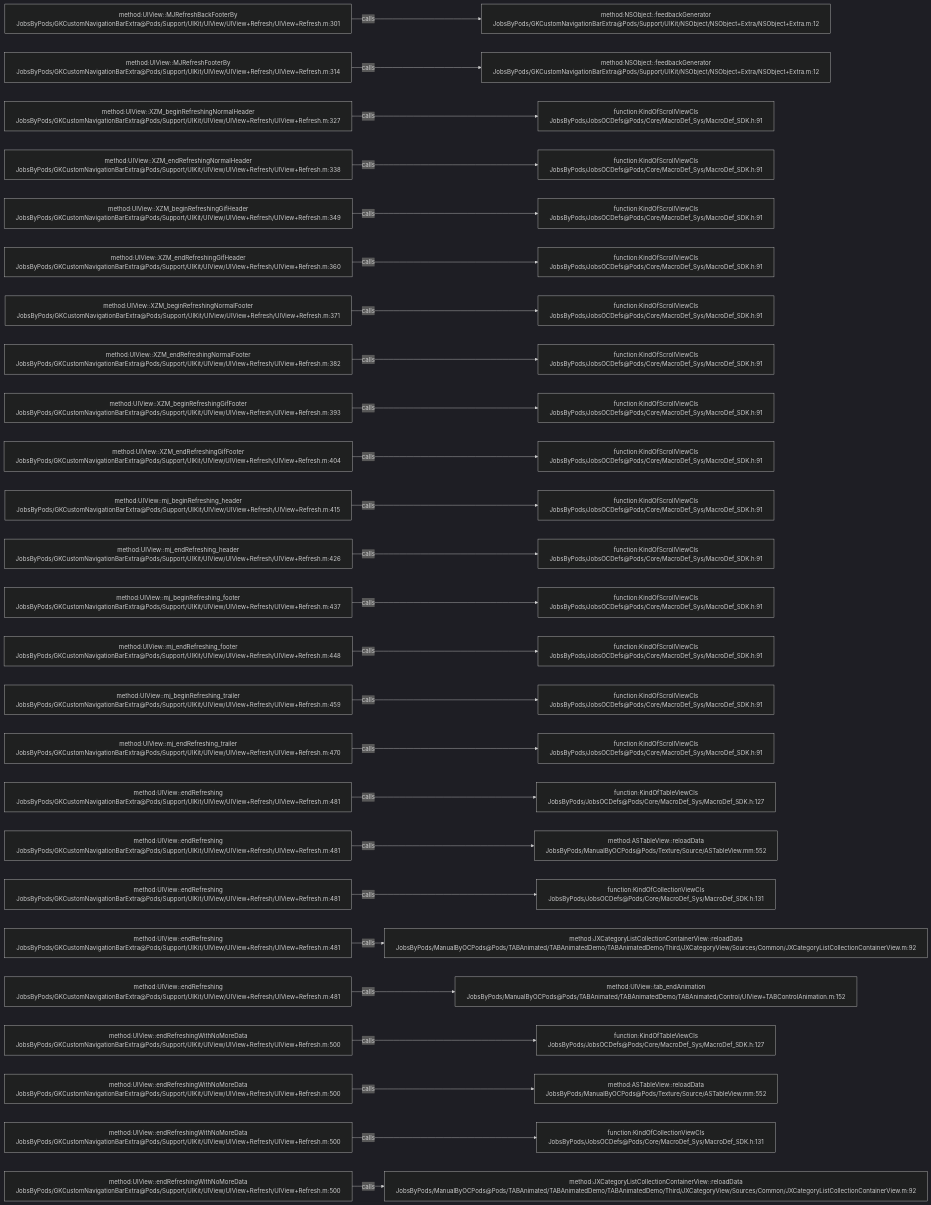
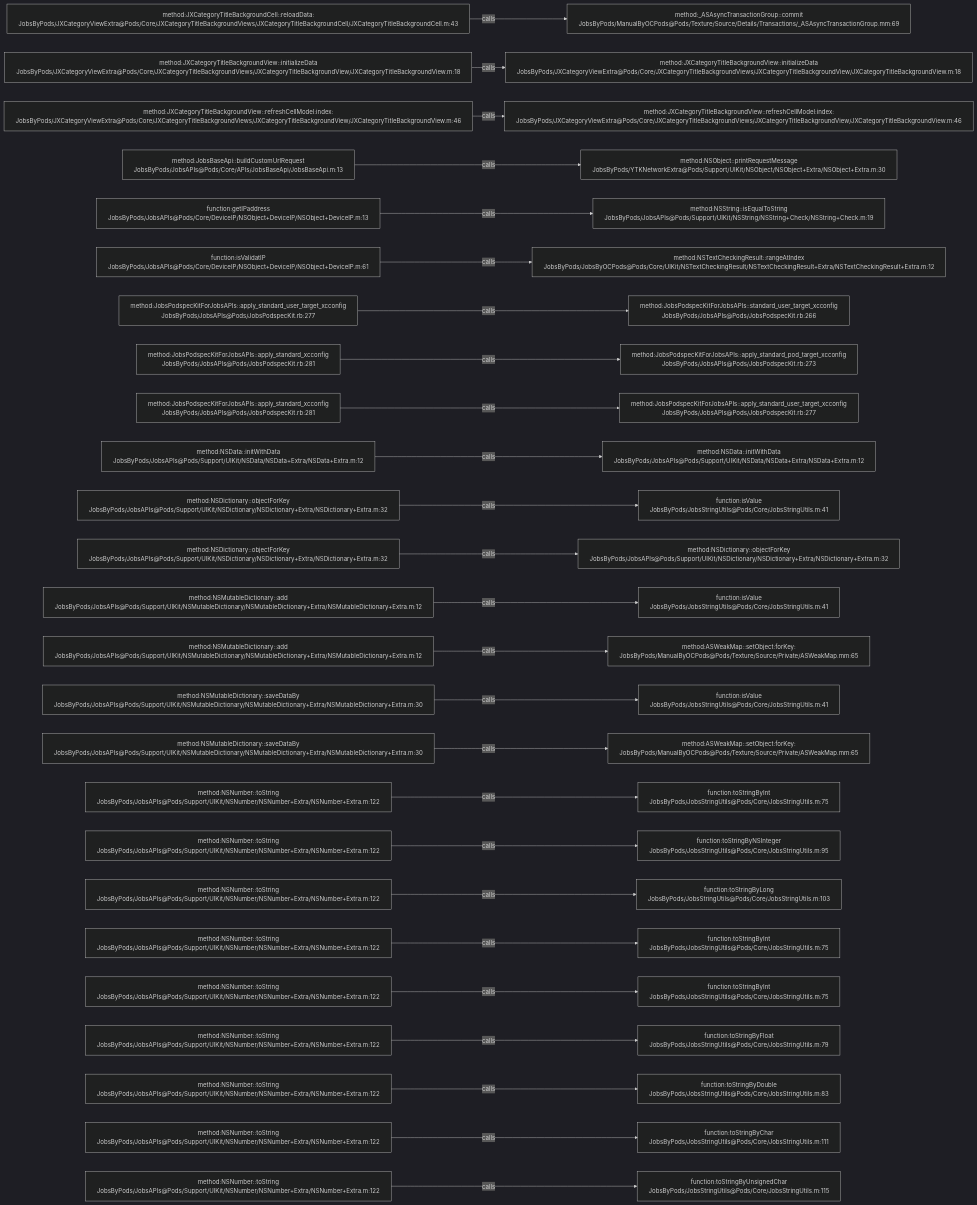
Before and after one commit to JobsKits/JobsOCBaseConfigDemo: the diagram in .codegraph/codegraph.md/graphs/calls-012.md, drawn with Mermaid (dark theme). The commit also changed 1026 other files, not shown here.

````diff
--- a/.codegraph/codegraph.md/graphs/calls-012.md
+++ b/.codegraph/codegraph.md/graphs/calls-012.md
@@ -13,78 +13,78 @@
 ```mermaid
 flowchart LR
-  S1["method:UIView::MJRefreshBackFooterBy<br/>JobsByPods/GKCustomNavigationBarExtra@Pods/Support/UIKit/UIView/UIView+Refresh/UIView+Refresh.m:301"]
-  T1["method:NSObject::feedbackGenerator<br/>JobsByPods/GKCustomNavigationBarExtra@Pods/Support/UIKit/NSObject/NSObject+Extra/NSObject+Extra.m:12"]
+  S1["method:JXCategoryTitleBackgroundCell::reloadData:<br/>JobsByPods/JXCategoryViewExtra@Pods/Core/JXCategoryTitleBackgroundViews/JXCategoryTitleBackgroundCell/JXCategoryTitleBackgroundCell.m:43"]
+  T1["method:_ASAsyncTransactionGroup::commit<br/>JobsByPods/ManualByOCPods@Pods/Texture/Source/Details/Transactions/_ASAsyncTransactionGroup.mm:69"]
   S1 -->|calls| T1
-  S2["method:UIView::MJRefreshFooterBy<br/>JobsByPods/GKCustomNavigationBarExtra@Pods/Support/UIKit/UIView/UIView+Refresh/UIView+Refresh.m:314"]
-  T2["method:NSObject::feedbackGenerator<br/>JobsByPods/GKCustomNavigationBarExtra@Pods/Support/UIKit/NSObject/NSObject+Extra/NSObject+Extra.m:12"]
+  S2["method:JXCategoryTitleBackgroundView::initializeData<br/>JobsByPods/JXCategoryViewExtra@Pods/Core/JXCategoryTitleBackgroundViews/JXCategoryTitleBackgroundView/JXCategoryTitleBackgroundView.m:18"]
+  T2["method:JXCategoryTitleBackgroundView::initializeData<br/>JobsByPods/JXCategoryViewExtra@Pods/Core/JXCategoryTitleBackgroundViews/JXCategoryTitleBackgroundView/JXCategoryTitleBackgroundView.m:18"]
   S2 -->|calls| T2
-  S3["method:UIView::XZM_beginRefreshingNormalHeader<br/>JobsByPods/GKCustomNavigationBarExtra@Pods/Support/UIKit/UIView/UIView+Refresh/UIView+Refresh.m:327"]
-  T3["function:KindOfScrollViewCls<br/>JobsByPods/JobsOCDefs@Pods/Core/MacroDef_Sys/MacroDef_SDK.h:91"]
+  S3["method:JXCategoryTitleBackgroundView::refreshCellModel:index:<br/>JobsByPods/JXCategoryViewExtra@Pods/Core/JXCategoryTitleBackgroundViews/JXCategoryTitleBackgroundView/JXCategoryTitleBackgroundView.m:46"]
+  T3["method:JXCategoryTitleBackgroundView::refreshCellModel:index:<br/>JobsByPods/JXCategoryViewExtra@Pods/Core/JXCategoryTitleBackgroundViews/JXCategoryTitleBackgroundView/JXCategoryTitleBackgroundView.m:46"]
   S3 -->|calls| T3
-  S4["method:UIView::XZM_endRefreshingNormalHeader<br/>JobsByPods/GKCustomNavigationBarExtra@Pods/Support/UIKit/UIView/UIView+Refresh/UIView+Refresh.m:338"]
-  T4["function:KindOfScrollViewCls<br/>JobsByPods/JobsOCDefs@Pods/Core/MacroDef_Sys/MacroDef_SDK.h:91"]
+  S4["method:JobsBaseApi::buildCustomUrlRequest<br/>JobsByPods/JobsAPIs@Pods/Core/APIs/JobsBaseApi/JobsBaseApi.m:13"]
+  T4["method:NSObject::printRequestMessage<br/>JobsByPods/YTKNetworkExtra@Pods/Support/UIKit/NSObject/NSObject+Extra/NSObject+Extra.m:30"]
   S4 -->|calls| T4
-  S5["method:UIView::XZM_beginRefreshingGifHeader<br/>JobsByPods/GKCustomNavigationBarExtra@Pods/Support/UIKit/UIView/UIView+Refresh/UIView+Refresh.m:349"]
-  T5["function:KindOfScrollViewCls<br/>JobsByPods/JobsOCDefs@Pods/Core/MacroDef_Sys/MacroDef_SDK.h:91"]
+  S5["function:getIPaddress<br/>JobsByPods/JobsAPIs@Pods/Core/DeviceIP/NSObject+DeviceIP/NSObject+DeviceIP.m:13"]
+  T5["method:NSString::isEqualToString<br/>JobsByPods/JobsAPIs@Pods/Support/UIKit/NSString/NSString+Check/NSString+Check.m:19"]
   S5 -->|calls| T5
-  S6["method:UIView::XZM_endRefreshingGifHeader<br/>JobsByPods/GKCustomNavigationBarExtra@Pods/Support/UIKit/UIView/UIView+Refresh/UIView+Refresh.m:360"]
-  T6["function:KindOfScrollViewCls<br/>JobsByPods/JobsOCDefs@Pods/Core/MacroDef_Sys/MacroDef_SDK.h:91"]
+  S6["function:isValidatIP<br/>JobsByPods/JobsAPIs@Pods/Core/DeviceIP/NSObject+DeviceIP/NSObject+DeviceIP.m:61"]
+  T6["method:NSTextCheckingResult::rangeAtIndex<br/>JobsByPods/JobsByOCPods@Pods/Core/UIKit/NSTextCheckingResult/NSTextCheckingResult+Extra/NSTextCheckingResult+Extra.m:12"]
   S6 -->|calls| T6
-  S7["method:UIView::XZM_beginRefreshingNormalFooter<br/>JobsByPods/GKCustomNavigationBarExtra@Pods/Support/UIKit/UIView/UIView+Refresh/UIView+Refresh.m:371"]
-  T7["function:KindOfScrollViewCls<br/>JobsByPods/JobsOCDefs@Pods/Core/MacroDef_Sys/MacroDef_SDK.h:91"]
+  S7["method:JobsPodspecKitForJobsAPIs::apply_standard_user_target_xcconfig<br/>JobsByPods/JobsAPIs@Pods/JobsPodspecKit.rb:277"]
+  T7["method:JobsPodspecKitForJobsAPIs::standard_user_target_xcconfig<br/>JobsByPods/JobsAPIs@Pods/JobsPodspecKit.rb:266"]
   S7 -->|calls| T7
-  S8["method:UIView::XZM_endRefreshingNormalFooter<br/>JobsByPods/GKCustomNavigationBarExtra@Pods/Support/UIKit/UIView/UIView+Refresh/UIView+Refresh.m:382"]
-  T8["function:KindOfScrollViewCls<br/>JobsByPods/JobsOCDefs@Pods/Core/MacroDef_Sys/MacroDef_SDK.h:91"]
+  S8["method:JobsPodspecKitForJobsAPIs::apply_standard_xcconfig<br/>JobsByPods/JobsAPIs@Pods/JobsPodspecKit.rb:281"]
+  T8["method:JobsPodspecKitForJobsAPIs::apply_standard_pod_target_xcconfig<br/>JobsByPods/JobsAPIs@Pods/JobsPodspecKit.rb:273"]
   S8 -->|calls| T8
-  S9["method:UIView::XZM_beginRefreshingGifFooter<br/>JobsByPods/GKCustomNavigationBarExtra@Pods/Support/UIKit/UIView/UIView+Refresh/UIView+Refresh.m:393"]
-  T9["function:KindOfScrollViewCls<br/>JobsByPods/JobsOCDefs@Pods/Core/MacroDef_Sys/MacroDef_SDK.h:91"]
+  S9["method:JobsPodspecKitForJobsAPIs::apply_standard_xcconfig<br/>JobsByPods/JobsAPIs@Pods/JobsPodspecKit.rb:281"]
+  T9["method:JobsPodspecKitForJobsAPIs::apply_standard_user_target_xcconfig<br/>JobsByPods/JobsAPIs@Pods/JobsPodspecKit.rb:277"]
   S9 -->|calls| T9
-  S10["method:UIView::XZM_endRefreshingGifFooter<br/>JobsByPods/GKCustomNavigationBarExtra@Pods/Support/UIKit/UIView/UIView+Refresh/UIView+Refresh.m:404"]
-  T10["function:KindOfScrollViewCls<br/>JobsByPods/JobsOCDefs@Pods/Core/MacroDef_Sys/MacroDef_SDK.h:91"]
+  S10["method:NSData::initWithData<br/>JobsByPods/JobsAPIs@Pods/Support/UIKit/NSData/NSData+Extra/NSData+Extra.m:12"]
+  T10["method:NSData::initWithData<br/>JobsByPods/JobsAPIs@Pods/Support/UIKit/NSData/NSData+Extra/NSData+Extra.m:12"]
   S10 -->|calls| T10
-  S11["method:UIView::mj_beginRefreshing_header<br/>JobsByPods/GKCustomNavigationBarExtra@Pods/Support/UIKit/UIView/UIView+Refresh/UIView+Refresh.m:415"]
-  T11["function:KindOfScrollViewCls<br/>JobsByPods/JobsOCDefs@Pods/Core/MacroDef_Sys/MacroDef_SDK.h:91"]
+  S11["method:NSDictionary::objectForKey<br/>JobsByPods/JobsAPIs@Pods/Support/UIKit/NSDictionary/NSDictionary+Extra/NSDictionary+Extra.m:32"]
+  T11["function:isValue<br/>JobsByPods/JobsStringUtils@Pods/Core/JobsStringUtils.m:41"]
   S11 -->|calls| T11
-  S12["method:UIView::mj_endRefreshing_header<br/>JobsByPods/GKCustomNavigationBarExtra@Pods/Support/UIKit/UIView/UIView+Refresh/UIView+Refresh.m:426"]
-  T12["function:KindOfScrollViewCls<br/>JobsByPods/JobsOCDefs@Pods/Core/MacroDef_Sys/MacroDef_SDK.h:91"]
+  S12["method:NSDictionary::objectForKey<br/>JobsByPods/JobsAPIs@Pods/Support/UIKit/NSDictionary/NSDictionary+Extra/NSDictionary+Extra.m:32"]
+  T12["method:NSDictionary::objectForKey<br/>JobsByPods/JobsAPIs@Pods/Support/UIKit/NSDictionary/NSDictionary+Extra/NSDictionary+Extra.m:32"]
   S12 -->|calls| T12
-  S13["method:UIView::mj_beginRefreshing_footer<br/>JobsByPods/GKCustomNavigationBarExtra@Pods/Support/UIKit/UIView/UIView+Refresh/UIView+Refresh.m:437"]
-  T13["function:KindOfScrollViewCls<br/>JobsByPods/JobsOCDefs@Pods/Core/MacroDef_Sys/MacroDef_SDK.h:91"]
+  S13["method:NSMutableDictionary::add<br/>JobsByPods/JobsAPIs@Pods/Support/UIKit/NSMutableDictionary/NSMutableDictionary+Extra/NSMutableDictionary+Extra.m:12"]
+  T13["function:isValue<br/>JobsByPods/JobsStringUtils@Pods/Core/JobsStringUtils.m:41"]
   S13 -->|calls| T13
-  S14["method:UIView::mj_endRefreshing_footer<br/>JobsByPods/GKCustomNavigationBarExtra@Pods/Support/UIKit/UIView/UIView+Refresh/UIView+Refresh.m:448"]
-  T14["function:KindOfScrollViewCls<br/>JobsByPods/JobsOCDefs@Pods/Core/MacroDef_Sys/MacroDef_SDK.h:91"]
+  S14["method:NSMutableDictionary::add<br/>JobsByPods/JobsAPIs@Pods/Support/UIKit/NSMutableDictionary/NSMutableDictionary+Extra/NSMutableDictionary+Extra.m:12"]
+  T14["method:ASWeakMap::setObject:forKey:<br/>JobsByPods/ManualByOCPods@Pods/Texture/Source/Private/ASWeakMap.mm:65"]
   S14 -->|calls| T14
-  S15["method:UIView::mj_beginRefreshing_trailer<br/>JobsByPods/GKCustomNavigationBarExtra@Pods/Support/UIKit/UIView/UIView+Refresh/UIView+Refresh.m:459"]
-  T15["function:KindOfScrollViewCls<br/>JobsByPods/JobsOCDefs@Pods/Core/MacroDef_Sys/MacroDef_SDK.h:91"]
+  S15["method:NSMutableDictionary::saveDataBy<br/>JobsByPods/JobsAPIs@Pods/Support/UIKit/NSMutableDictionary/NSMutableDictionary+Extra/NSMutableDictionary+Extra.m:30"]
+  T15["function:isValue<br/>JobsByPods/JobsStringUtils@Pods/Core/JobsStringUtils.m:41"]
   S15 -->|calls| T15
-  S16["method:UIView::mj_endRefreshing_trailer<br/>JobsByPods/GKCustomNavigationBarExtra@Pods/Support/UIKit/UIView/UIView+Refresh/UIView+Refresh.m:470"]
-  T16["function:KindOfScrollViewCls<br/>JobsByPods/JobsOCDefs@Pods/Core/MacroDef_Sys/MacroDef_SDK.h:91"]
+  S16["method:NSMutableDictionary::saveDataBy<br/>JobsByPods/JobsAPIs@Pods/Support/UIKit/NSMutableDictionary/NSMutableDictionary+Extra/NSMutableDictionary+Extra.m:30"]
+  T16["method:ASWeakMap::setObject:forKey:<br/>JobsByPods/ManualByOCPods@Pods/Texture/Source/Private/ASWeakMap.mm:65"]
   S16 -->|calls| T16
-  S17["method:UIView::endRefreshing<br/>JobsByPods/GKCustomNavigationBarExtra@Pods/Support/UIKit/UIView/UIView+Refresh/UIView+Refresh.m:481"]
-  T17["function:KindOfTableViewCls<br/>JobsByPods/JobsOCDefs@Pods/Core/MacroDef_Sys/MacroDef_SDK.h:127"]
+  S17["method:NSNumber::toString<br/>JobsByPods/JobsAPIs@Pods/Support/UIKit/NSNumber/NSNumber+Extra/NSNumber+Extra.m:122"]
+  T17["function:toStringByInt<br/>JobsByPods/JobsStringUtils@Pods/Core/JobsStringUtils.m:75"]
   S17 -->|calls| T17
-  S18["method:UIView::endRefreshing<br/>JobsByPods/GKCustomNavigationBarExtra@Pods/Support/UIKit/UIView/UIView+Refresh/UIView+Refresh.m:481"]
-  T18["method:ASTableView::reloadData<br/>JobsByPods/ManualByOCPods@Pods/Texture/Source/ASTableView.mm:552"]
+  S18["method:NSNumber::toString<br/>JobsByPods/JobsAPIs@Pods/Support/UIKit/NSNumber/NSNumber+Extra/NSNumber+Extra.m:122"]
+  T18["function:toStringByNSInteger<br/>JobsByPods/JobsStringUtils@Pods/Core/JobsStringUtils.m:95"]
   S18 -->|calls| T18
-  S19["method:UIView::endRefreshing<br/>JobsByPods/GKCustomNavigationBarExtra@Pods/Support/UIKit/UIView/UIView+Refresh/UIView+Refresh.m:481"]
-  T19["function:KindOfCollectionViewCls<br/>JobsByPods/JobsOCDefs@Pods/Core/MacroDef_Sys/MacroDef_SDK.h:131"]
+  S19["method:NSNumber::toString<br/>JobsByPods/JobsAPIs@Pods/Support/UIKit/NSNumber/NSNumber+Extra/NSNumber+Extra.m:122"]
+  T19["function:toStringByLong<br/>JobsByPods/JobsStringUtils@Pods/Core/JobsStringUtils.m:103"]
   S19 -->|calls| T19
-  S20["method:UIView::endRefreshing<br/>JobsByPods/GKCustomNavigationBarExtra@Pods/Support/UIKit/UIView/UIView+Refresh/UIView+Refresh.m:481"]
-  T20["method:JXCategoryListCollectionContainerView::reloadData<br/>JobsByPods/ManualByOCPods@Pods/TABAnimated/TABAnimatedDemo/TABAnimatedDemo/Third/JXCategoryView/Sources/Common/JXCategoryListCollectionContainerView.m:92"]
+  S20["method:NSNumber::toString<br/>JobsByPods/JobsAPIs@Pods/Support/UIKit/NSNumber/NSNumber+Extra/NSNumber+Extra.m:122"]
+  T20["function:toStringByInt<br/>JobsByPods/JobsStringUtils@Pods/Core/JobsStringUtils.m:75"]
   S20 -->|calls| T20
-  S21["method:UIView::endRefreshing<br/>JobsByPods/GKCustomNavigationBarExtra@Pods/Support/UIKit/UIView/UIView+Refresh/UIView+Refresh.m:481"]
-  T21["method:UIView::tab_endAnimation<br/>JobsByPods/ManualByOCPods@Pods/TABAnimated/TABAnimatedDemo/TABAnimated/Control/UIView+TABControlAnimation.m:152"]
+  S21["method:NSNumber::toString<br/>JobsByPods/JobsAPIs@Pods/Support/UIKit/NSNumber/NSNumber+Extra/NSNumber+Extra.m:122"]
+  T21["function:toStringByInt<br/>JobsByPods/JobsStringUtils@Pods/Core/JobsStringUtils.m:75"]
   S21 -->|calls| T21
-  S22["method:UIView::endRefreshingWithNoMoreData<br/>JobsByPods/GKCustomNavigationBarExtra@Pods/Support/UIKit/UIView/UIView+Refresh/UIView+Refresh.m:500"]
-  T22["function:KindOfTableViewCls<br/>JobsByPods/JobsOCDefs@Pods/Core/MacroDef_Sys/MacroDef_SDK.h:127"]
+  S22["method:NSNumber::toString<br/>JobsByPods/JobsAPIs@Pods/Support/UIKit/NSNumber/NSNumber+Extra/NSNumber+Extra.m:122"]
+  T22["function:toStringByFloat<br/>JobsByPods/JobsStringUtils@Pods/Core/JobsStringUtils.m:79"]
   S22 -->|calls| T22
-  S23["method:UIView::endRefreshingWithNoMoreData<br/>JobsByPods/GKCustomNavigationBarExtra@Pods/Support/UIKit/UIView/UIView+Refresh/UIView+Refresh.m:500"]
-  T23["method:ASTableView::reloadData<br/>JobsByPods/ManualByOCPods@Pods/Texture/Source/ASTableView.mm:552"]
+  S23["method:NSNumber::toString<br/>JobsByPods/JobsAPIs@Pods/Support/UIKit/NSNumber/NSNumber+Extra/NSNumber+Extra.m:122"]
+  T23["function:toStringByDouble<br/>JobsByPods/JobsStringUtils@Pods/Core/JobsStringUtils.m:83"]
   S23 -->|calls| T23
-  S24["method:UIView::endRefreshingWithNoMoreData<br/>JobsByPods/GKCustomNavigationBarExtra@Pods/Support/UIKit/UIView/UIView+Refresh/UIView+Refresh.m:500"]
-  T24["function:KindOfCollectionViewCls<br/>JobsByPods/JobsOCDefs@Pods/Core/MacroDef_Sys/MacroDef_SDK.h:131"]
+  S24["method:NSNumber::toString<br/>JobsByPods/JobsAPIs@Pods/Support/UIKit/NSNumber/NSNumber+Extra/NSNumber+Extra.m:122"]
+  T24["function:toStringByChar<br/>JobsByPods/JobsStringUtils@Pods/Core/JobsStringUtils.m:111"]
   S24 -->|calls| T24
-  S25["method:UIView::endRefreshingWithNoMoreData<br/>JobsByPods/GKCustomNavigationBarExtra@Pods/Support/UIKit/UIView/UIView+Refresh/UIView+Refresh.m:500"]
-  T25["method:JXCategoryListCollectionContainerView::reloadData<br/>JobsByPods/ManualByOCPods@Pods/TABAnimated/TABAnimatedDemo/TABAnimatedDemo/Third/JXCategoryView/Sources/Common/JXCategoryListCollectionContainerView.m:92"]
+  S25["method:NSNumber::toString<br/>JobsByPods/JobsAPIs@Pods/Support/UIKit/NSNumber/NSNumber+Extra/NSNumber+Extra.m:122"]
+  T25["function:toStringByUnsignedChar<br/>JobsByPods/JobsStringUtils@Pods/Core/JobsStringUtils.m:115"]
   S25 -->|calls| T25
 ```
````
